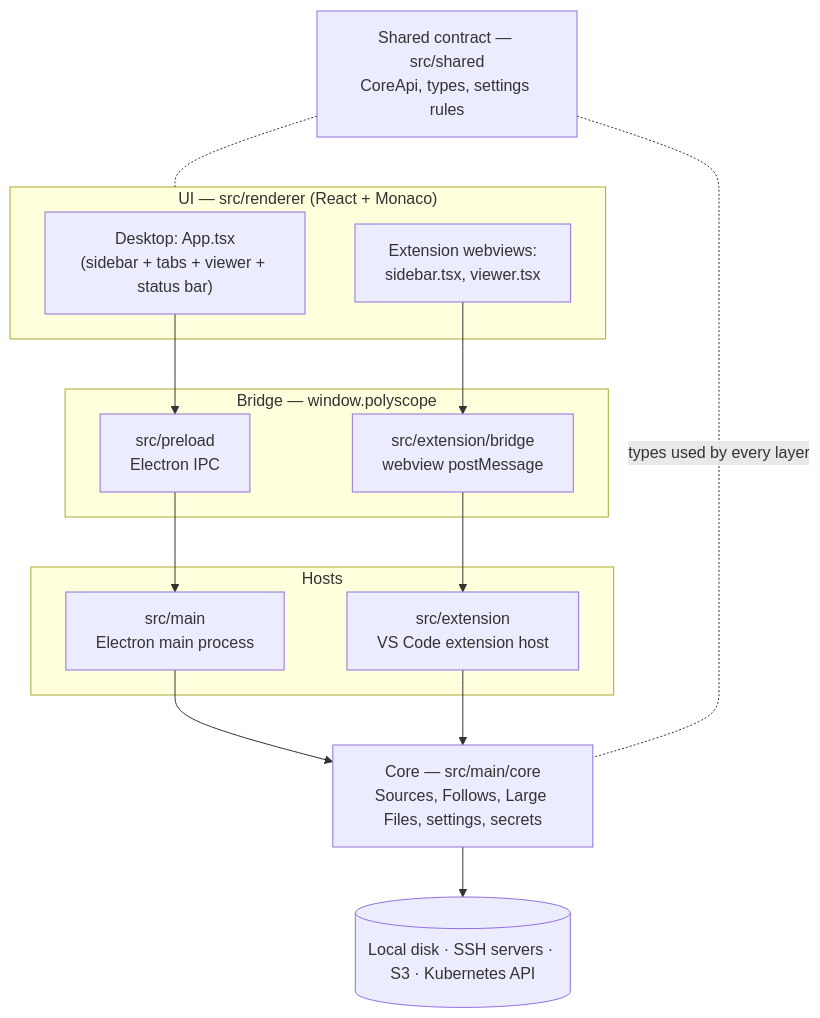
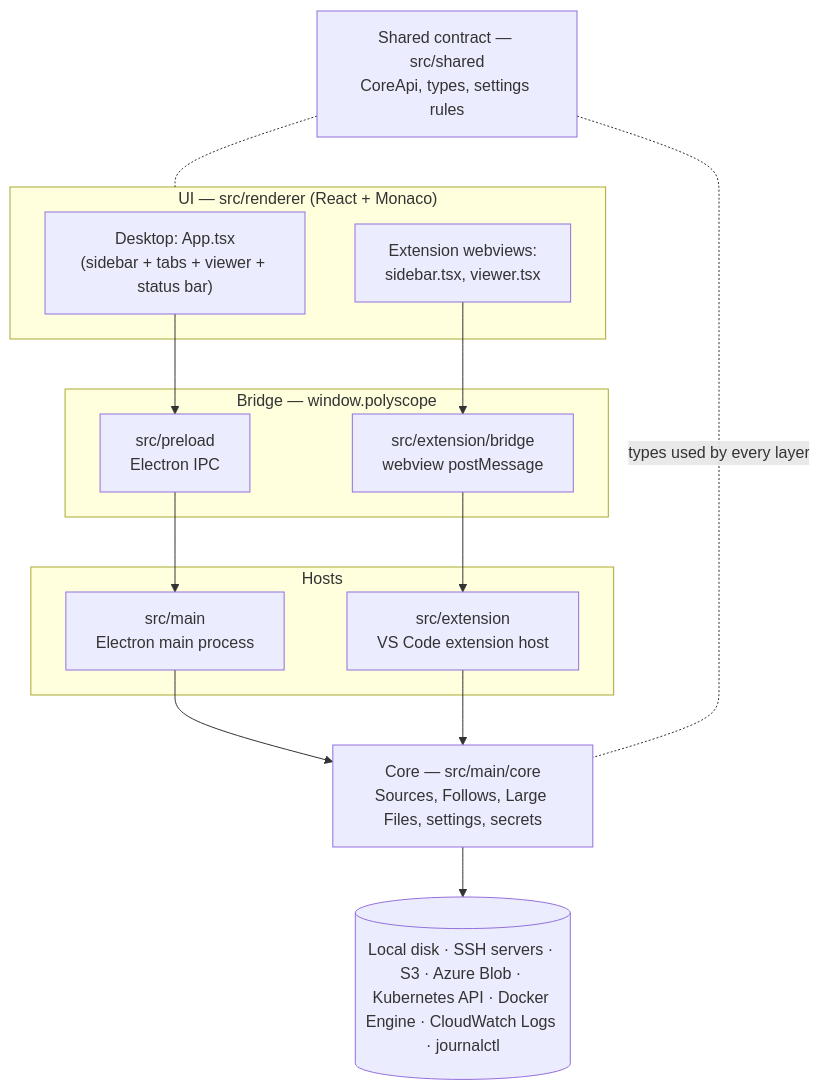
The first of 7 diagrams in docs/architecture.md (ducttapeworksorg/polyscope), drawn with Mermaid before and after one commit. The commit also changed other lines of this file and 5 other files, not shown here.

First line of the commit message:
docs: bring the README, install, privacy, reading and architecture docs up to the new Source Types

````diff
--- a/docs/architecture.md
+++ b/docs/architecture.md
@@ -41,24 +41,24 @@
 ```mermaid
 flowchart TB
   subgraph UI["UI — src/renderer (React + Monaco)"]
     App["Desktop: App.tsx<br/>(sidebar + tabs + viewer + status bar)"]
     Ext["Extension webviews:<br/>sidebar.tsx, viewer.tsx"]
   end
   subgraph Bridge["Bridge — window.polyscope"]
     Preload["src/preload<br/>Electron IPC"]
     PostMsg["src/extension/bridge<br/>webview postMessage"]
   end
   subgraph Hosts["Hosts"]
     Main["src/main<br/>Electron main process"]
     ExtHost["src/extension<br/>VS Code extension host"]
   end
   Core["Core — src/main/core<br/>Sources, Follows, Large Files, settings, secrets"]
   Shared["Shared contract — src/shared<br/>CoreApi, types, settings rules"]
-  Backends[("Local disk · SSH servers · S3 · Kubernetes API")]
+  Backends[("Local disk · SSH servers · S3 · Azure Blob · Kubernetes API · Docker Engine · CloudWatch Logs · journalctl")]
 
   App --> Preload --> Main --> Core
   Ext --> PostMsg --> ExtHost --> Core
   Core --> Backends
   Shared -. "types used by every layer" .- Core
   Shared -.- UI
 ```
````
